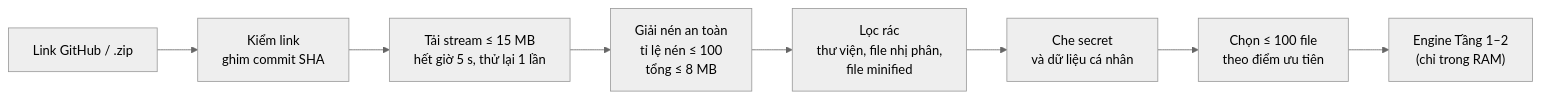
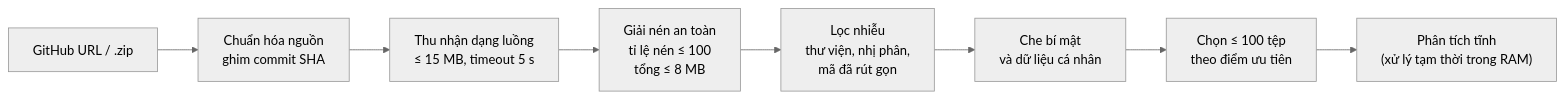
Before and after one commit to ThanhThien-coder/HackathonSGU-MeoMeo: the second of 6 diagrams in docs/bao_cao_thuyet_trinh/BAO_CAO_DU_AN.md, drawn with Mermaid (neutral theme). The commit also changed other lines of this file, not shown here.

````diff
--- a/docs/bao_cao_thuyet_trinh/BAO_CAO_DU_AN.md
+++ b/docs/bao_cao_thuyet_trinh/BAO_CAO_DU_AN.md
@@ -285,10 +295,10 @@
 ```mermaid
 flowchart LR
-    A["Link GitHub / .zip"] --> B["Kiểm link<br/>ghim commit SHA"]
-    B --> C["Tải stream ≤ 15 MB<br/>hết giờ 5 s, thử lại 1 lần"]
+    A["GitHub URL / .zip"] --> B["Chuẩn hóa nguồn<br/>ghim commit SHA"]
+    B --> C["Thu nhận dạng luồng<br/>≤ 15 MB, timeout 5 s"]
     C --> D["Giải nén an toàn<br/>tỉ lệ nén ≤ 100<br/>tổng ≤ 8 MB"]
-    D --> E["Lọc rác<br/>thư viện, file nhị phân,<br/>file minified"]
-    E --> F["Che secret<br/>và dữ liệu cá nhân"]
-    F --> G["Chọn ≤ 100 file<br/>theo điểm ưu tiên"]
-    G --> H["Engine Tầng 1–2<br/>(chỉ trong RAM)"]
+    D --> E["Lọc nhiễu<br/>thư viện, nhị phân,<br/>mã đã rút gọn"]
+    E --> F["Che bí mật<br/>và dữ liệu cá nhân"]
+    F --> G["Chọn ≤ 100 tệp<br/>theo điểm ưu tiên"]
+    G --> H["Phân tích tĩnh<br/>(xử lý tạm thời trong RAM)"]
 ```
````
